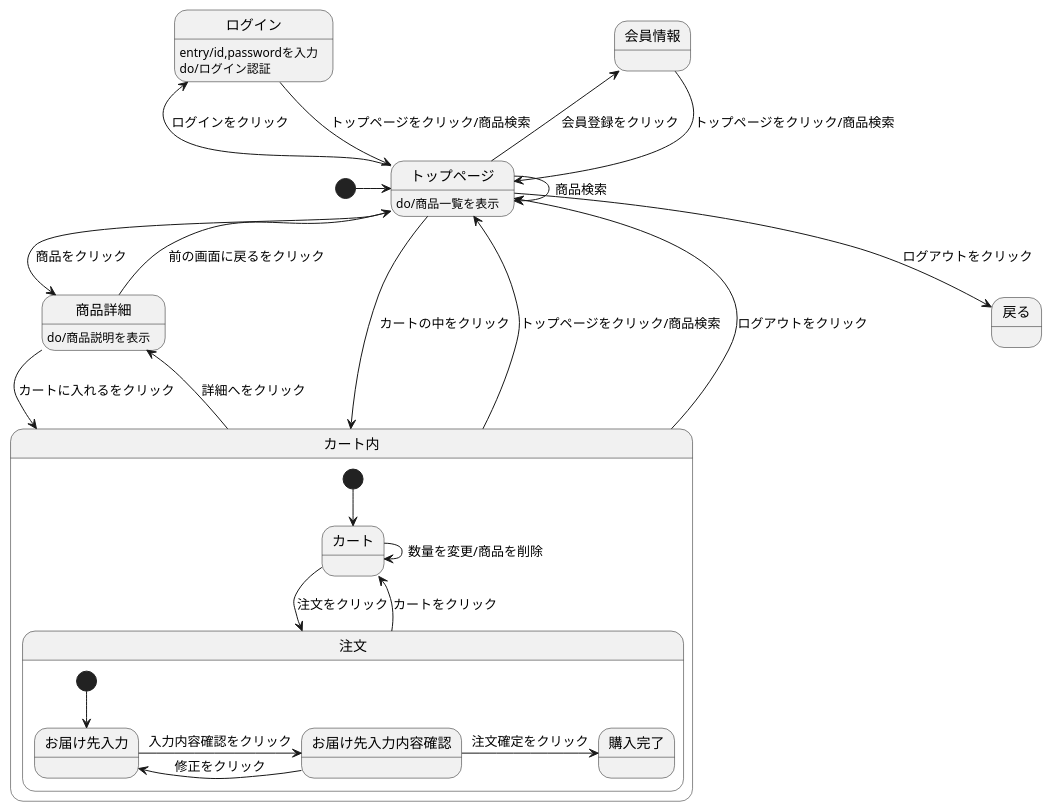
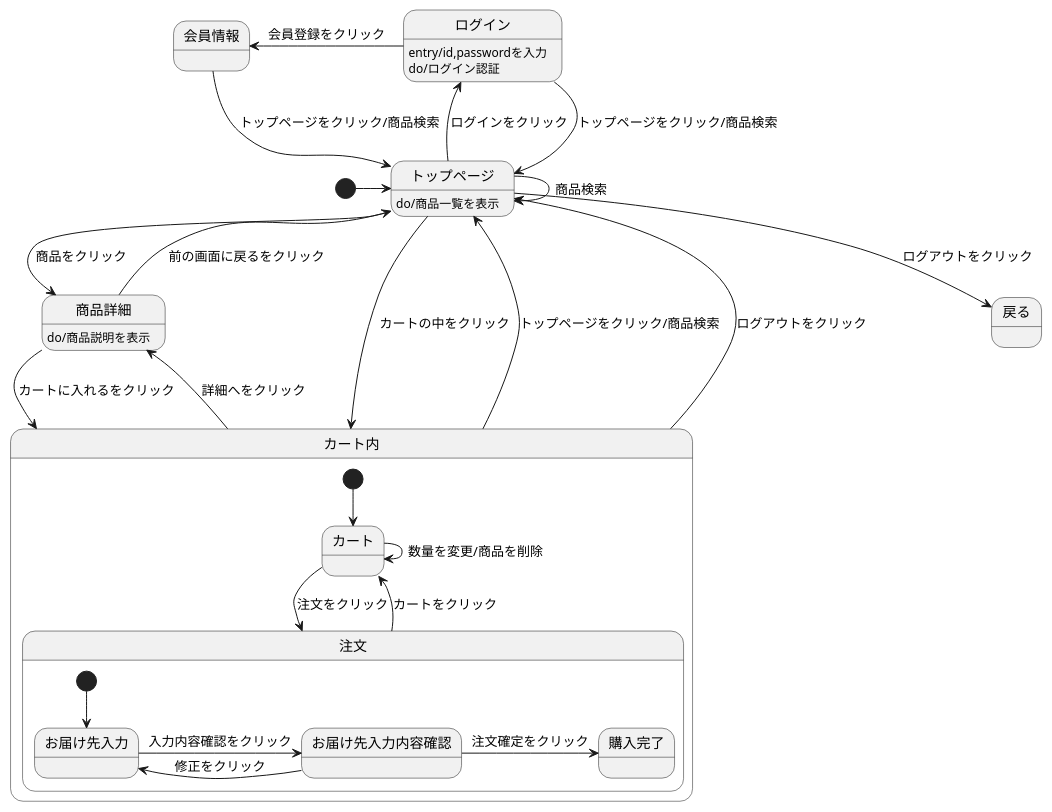
Before and after one commit to Aso2001140/2012sys-design: the diagram in create 12.md, drawn with PlantUML.

Commit message:
Create create 12.md

````diff
--- a/create 12.md
+++ b/create 12.md
@@ -1,35 +1,35 @@
 ```uml
 @startuml
 [*] -> トップページ
 会員情報 --> トップページ : トップページをクリック/商品検索
 ログイン --> トップページ : トップページをクリック/商品検索
 ログイン : entry/id,passwordを入力
 ログイン : do/ログイン認証
 トップページ --> 戻る : ログアウトをクリック
 トップページ -> トップページ : 商品検索
 トップページ -> 商品詳細 : 商品をクリック
-トップページ -left-> 会員情報 : 会員登録をクリック
+ログイン -left-> 会員情報 : 会員登録をクリック
 トップページ -left-> ログイン : ログインをクリック
 トップページ --> カート内 : カートの中をクリック
 トップページ : do/商品一覧を表示
 商品詳細 --> カート内 : カートに入れるをクリック
 商品詳細 --> トップページ : 前の画面に戻るをクリック
 商品詳細 : do/商品説明を表示
 カート内 -up-> トップページ : トップページをクリック/商品検索
 カート内 -up-> トップページ : ログアウトをクリック
 カート内 -> 商品詳細 : 詳細へをクリック
 
 state カート内{
 [*] --> カート
 カート -> 注文 : 注文をクリック
 カート -> カート : 数量を変更/商品を削除
 注文 --> カート : カートをクリック
 state 注文{
 [*] --> お届け先入力
 お届け先入力 -> お届け先入力内容確認 : 入力内容確認をクリック
 お届け先入力内容確認 -> お届け先入力 : 修正をクリック
 お届け先入力内容確認 -> 購入完了 : 注文確定をクリック
 }
 }
 @enduml
 ```
````
